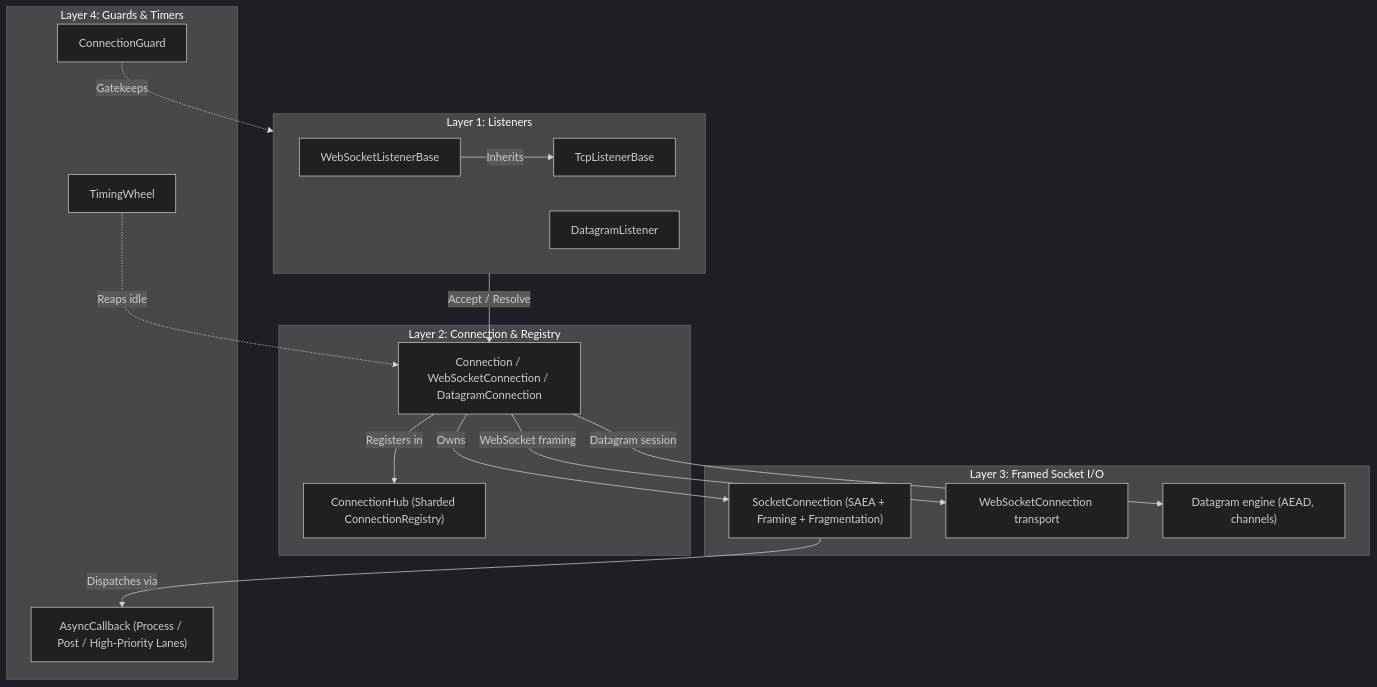
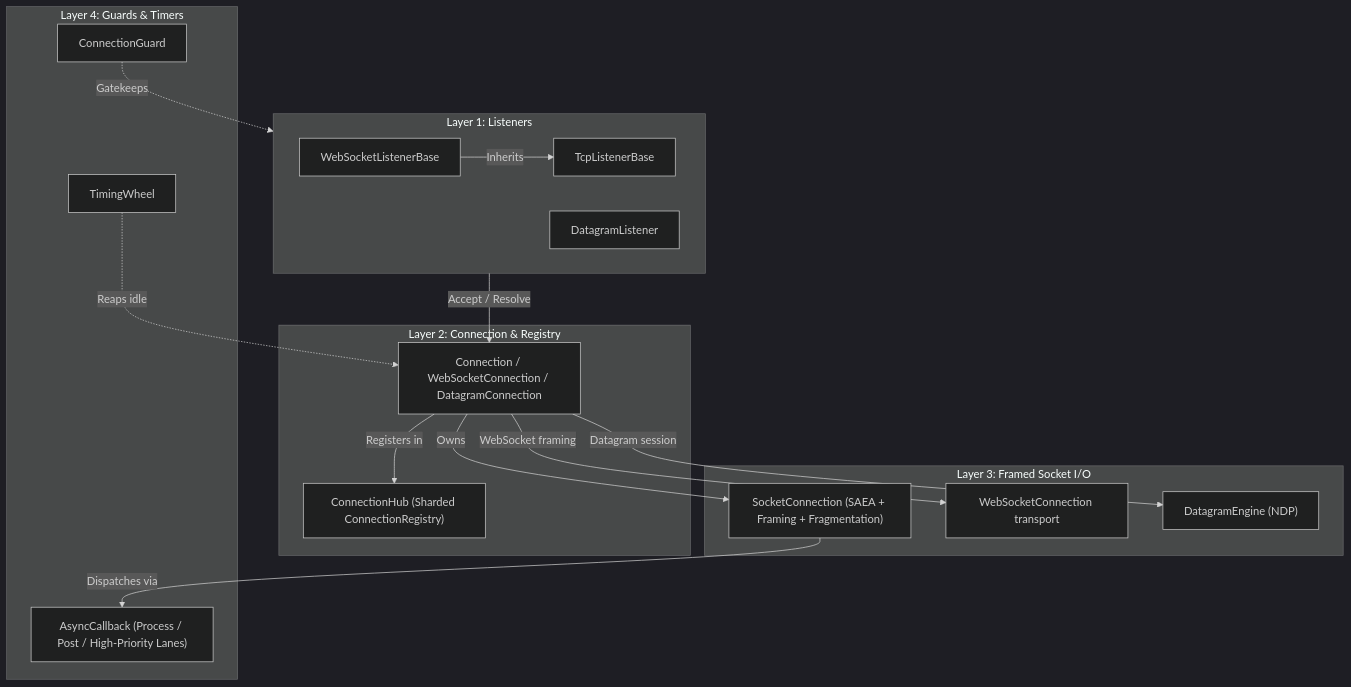
Before and after one commit to ppn-systems/nalix-docs: the diagram in src/content/docs/en-us/api/network/index.md, drawn with Mermaid (dark theme). The commit also changed 38 other files, not shown here.

First line of the commit message:
docs: redraw the datagram diagrams and fix invalid Mermaid

````diff
--- a/src/content/docs/en-us/api/network/index.md
+++ b/src/content/docs/en-us/api/network/index.md
@@ -15,35 +15,35 @@
 ```mermaid
 flowchart TD
     subgraph Listeners["Layer 1: Listeners"]
         TCP["TcpListenerBase"]
-        UDP["DatagramListener"]
+        DG["DatagramListener"]
         WS["WebSocketListenerBase"]
     end
 
     subgraph Core["Layer 2: Connection & Registry"]
         Conn["Connection / WebSocketConnection / DatagramConnection"]
         Hub["ConnectionHub (Sharded ConnectionRegistry)"]
     end
 
     subgraph Transport["Layer 3: Framed Socket I/O"]
         SC["SocketConnection (SAEA + Framing + Fragmentation)"]
         WST["WebSocketConnection transport"]
-        DGE["Datagram engine (AEAD, channels)"]
+        DGE["DatagramEngine (NDP)"]
     end
 
     subgraph Support["Layer 4: Guards & Timers"]
         TW["TimingWheel"]
         Lim["ConnectionGuard"]
         AC["AsyncCallback (Process / Post / High-Priority Lanes)"]
     end
 
     WS -->|Inherits| TCP
     Listeners -->|Accept / Resolve| Conn
     Conn -->|Registers in| Hub
     Conn -->|Owns| SC
     Conn -->|WebSocket framing| WST
     Conn -->|Datagram session| DGE
     SC -->|Dispatches via| AC
     TW -.->|Reaps idle| Conn
     Lim -.->|Gatekeeps| Listeners
 ```
````
